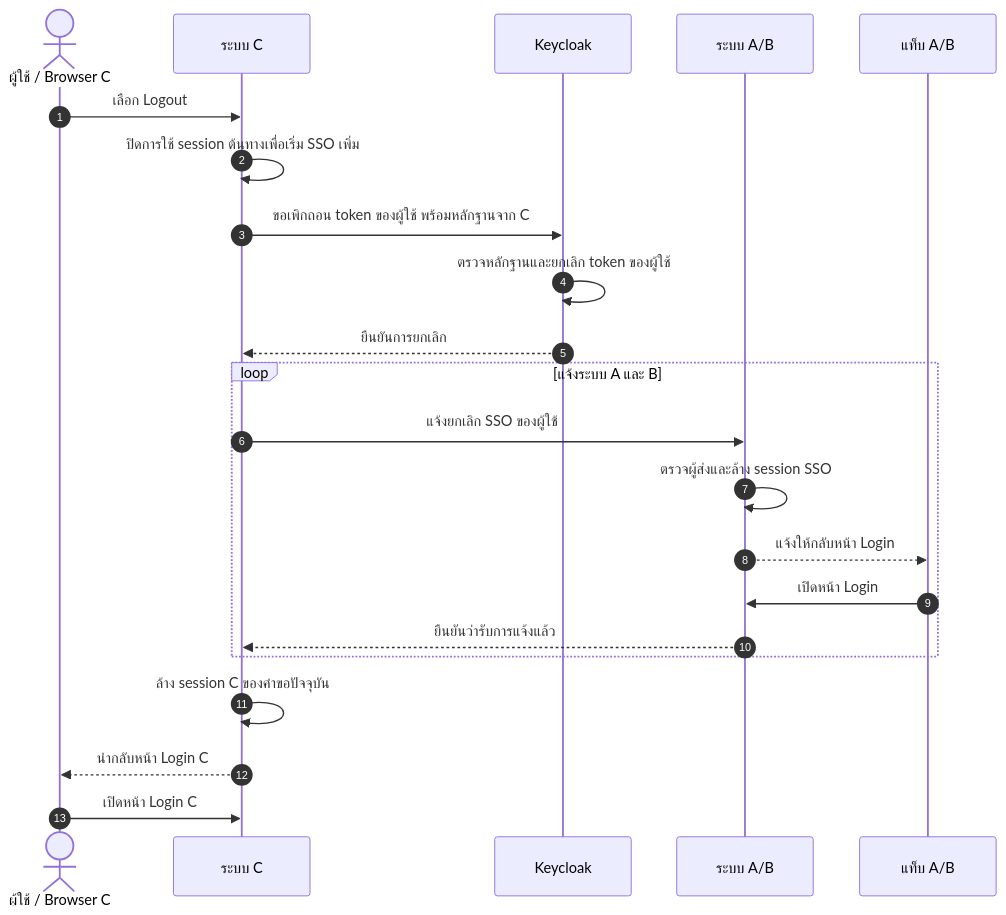
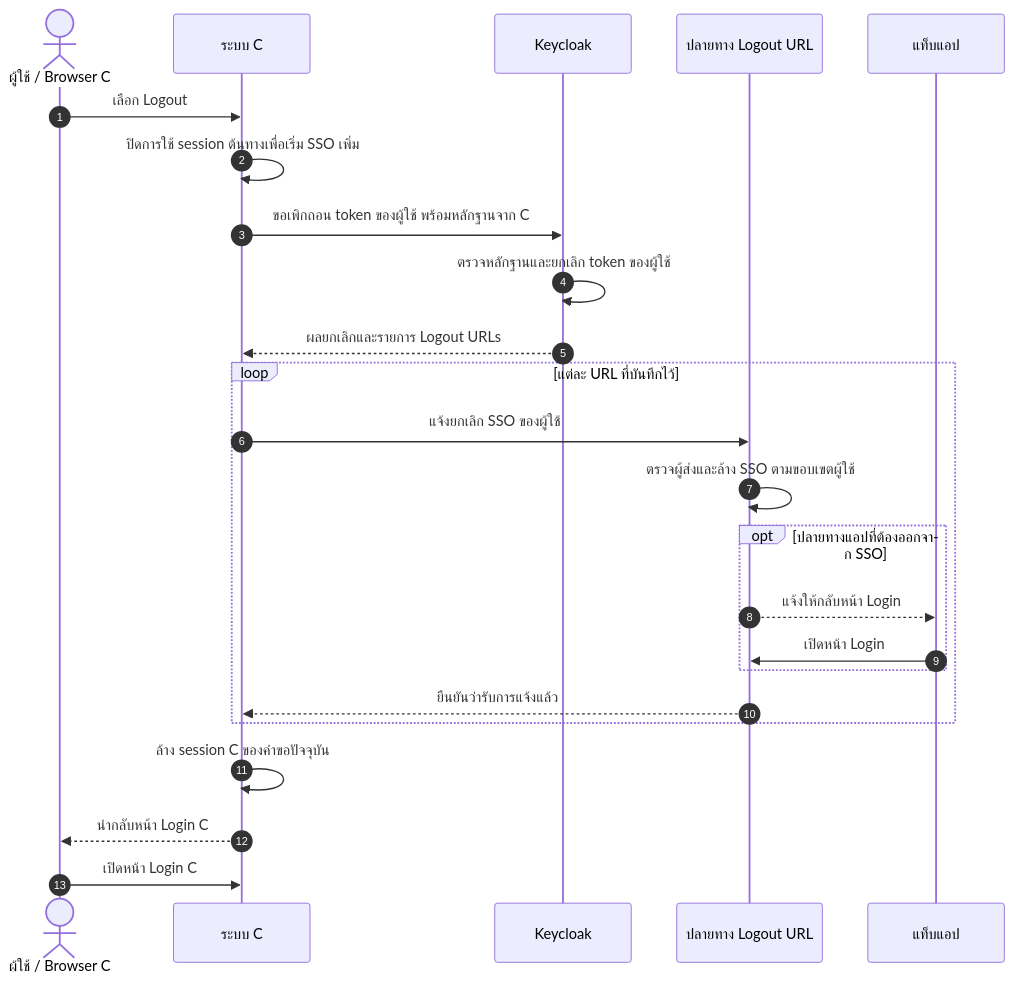
Before and after one commit to Sin1apachai/poc_sso: diagram 17 of 22 in docs/flows/LOGIN-AND-SESSION.md, drawn with Mermaid. The commit also changed other lines of this file and 58 other files, not shown here.

Commit message:
Unify SSO logout targets and document native heartbeat settings

````diff
--- a/docs/flows/LOGIN-AND-SESSION.md
+++ b/docs/flows/LOGIN-AND-SESSION.md
@@ -413,24 +413,26 @@
 ```mermaid
 sequenceDiagram
     autonumber
     actor U as ผู้ใช้ / Browser C
     participant C as ระบบ C
     participant K as Keycloak
-    participant A as ระบบ A/B
-    participant B as แท็บ A/B
+    participant A as ปลายทาง Logout URL
+    participant B as แท็บแอป
     U->>C: เลือก Logout
     C->>C: ปิดการใช้ session ต้นทางเพื่อเริ่ม SSO เพิ่ม
     C->>K: ขอเพิกถอน token ของผู้ใช้ พร้อมหลักฐานจาก C
     K->>K: ตรวจหลักฐานและยกเลิก token ของผู้ใช้
-    K-->>C: ยืนยันการยกเลิก
-    loop แจ้งระบบ A และ B
+    K-->>C: ผลยกเลิกและรายการ Logout URLs
+    loop แต่ละ URL ที่บันทึกไว้
         C->>A: แจ้งยกเลิก SSO ของผู้ใช้
-        A->>A: ตรวจผู้ส่งและล้าง session SSO
-        A-->>B: แจ้งให้กลับหน้า Login
-        B->>A: เปิดหน้า Login
+        A->>A: ตรวจผู้ส่งและล้าง SSO ตามขอบเขตผู้ใช้
+        opt ปลายทางแอปที่ต้องออกจาก SSO
+            A-->>B: แจ้งให้กลับหน้า Login
+            B->>A: เปิดหน้า Login
+        end
         A-->>C: ยืนยันว่ารับการแจ้งแล้ว
     end
     C->>C: ล้าง session C ของคำขอปัจจุบัน
     C-->>U: นำกลับหน้า Login C
     U->>C: เปิดหน้า Login C
 ```
````
